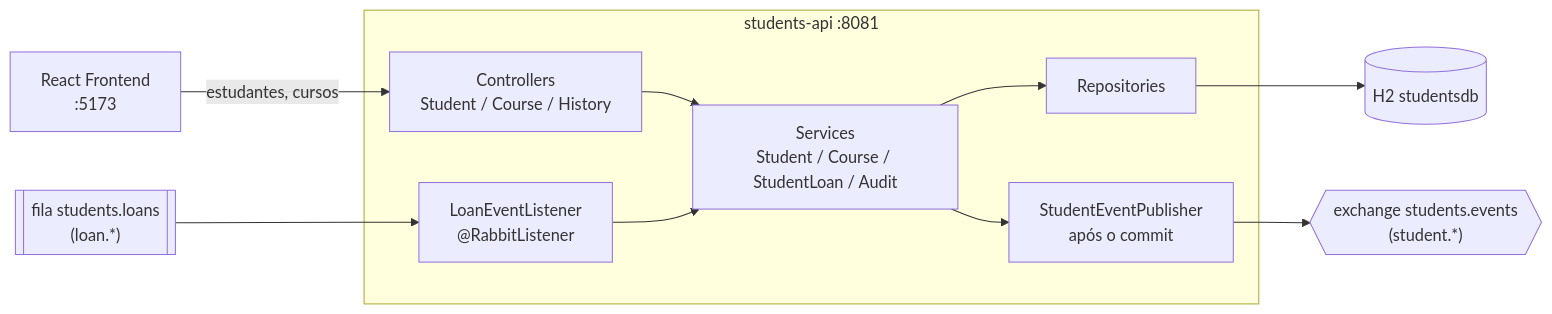
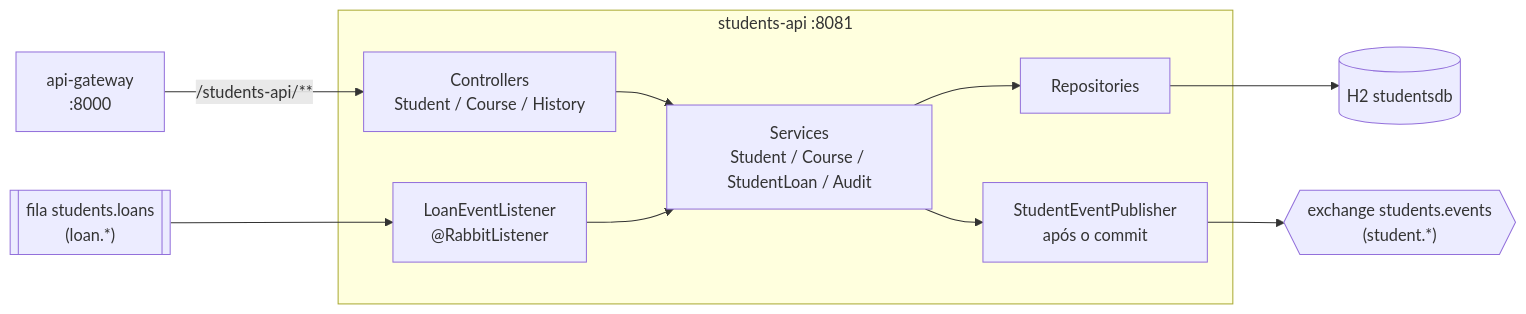
Before and after one commit to gustacassel/gustavo_cassel_PB_TP5: the first of 2 diagrams in students-api/README.md, drawn with Mermaid. The commit also changed other lines of this file and 6 other files, not shown here.

Commit message:
Document TP5 architecture, deployment, monitoring and CI/CD

````diff
--- a/students-api/README.md
+++ b/students-api/README.md
@@ -14,20 +16,20 @@
 ```mermaid
 flowchart LR
-    FE[React Frontend<br/>:5173]
+    FE[api-gateway<br/>:8000]
 
     subgraph S["students-api :8081"]
         SC[Controllers<br/>Student / Course / History]
         SS[Services<br/>Student / Course / StudentLoan / Audit]
         SR[Repositories]
         PUB[StudentEventPublisher<br/>após o commit]
         LIS["LoanEventListener<br/>@RabbitListener"]
         SC --> SS --> SR
         SS --> PUB
         LIS --> SS
     end
 
-    FE -->|estudantes, cursos| SC
+    FE -->|/students-api/**| SC
     SR --> SDB[(H2 studentsdb)]
     PUB --> X1{{"exchange students.events<br/>(student.*)"}}
     Q2[["fila students.loans<br/>(loan.*)"]] --> LIS
 ```
````
